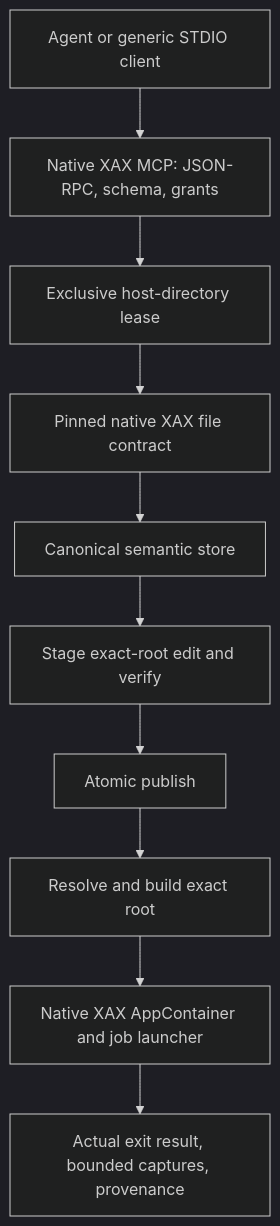
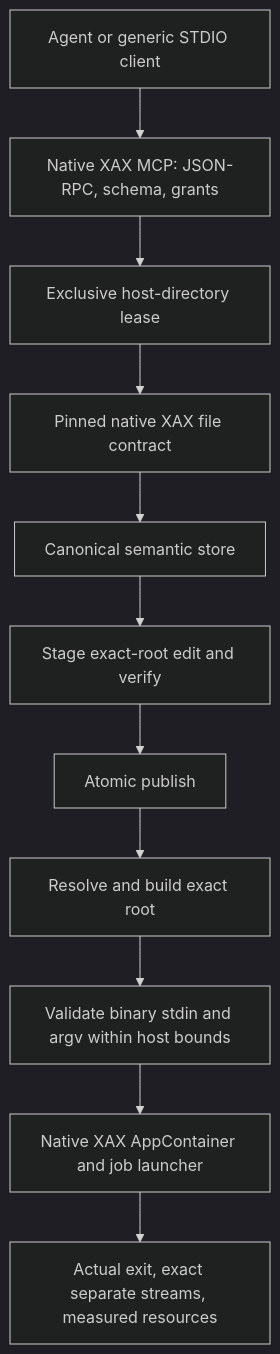
Before and after one commit to MrxSiN/XAX-MCP: the diagram in docs/ARCHITECTURE.md, drawn with Mermaid (dark theme). The commit also changed other lines of this file and 24 other files, not shown here.

First line of the commit message:
Record the 0.10 Windows CI run and update docs for binary stdin and arguments

````diff
--- a/docs/ARCHITECTURE.md
+++ b/docs/ARCHITECTURE.md
@@ -3,12 +3,13 @@
 ```mermaid
 flowchart TD
     A[Agent or generic STDIO client] --> B[Native XAX MCP: JSON-RPC, schema, grants]
     B --> C[Exclusive host-directory lease]
     C --> D[Pinned native XAX file contract]
     D --> E[Canonical semantic store]
     E --> F[Stage exact-root edit and verify]
     F --> G[Atomic publish]
     G --> H[Resolve and build exact root]
-    H --> I[Native XAX AppContainer and job launcher]
-    I --> J[Actual exit result, bounded captures, provenance]
+    H --> V[Validate binary stdin and argv within host bounds]
+    V --> I[Native XAX AppContainer and job launcher]
+    I --> J[Actual exit, exact separate streams, measured resources]
 ```
````
